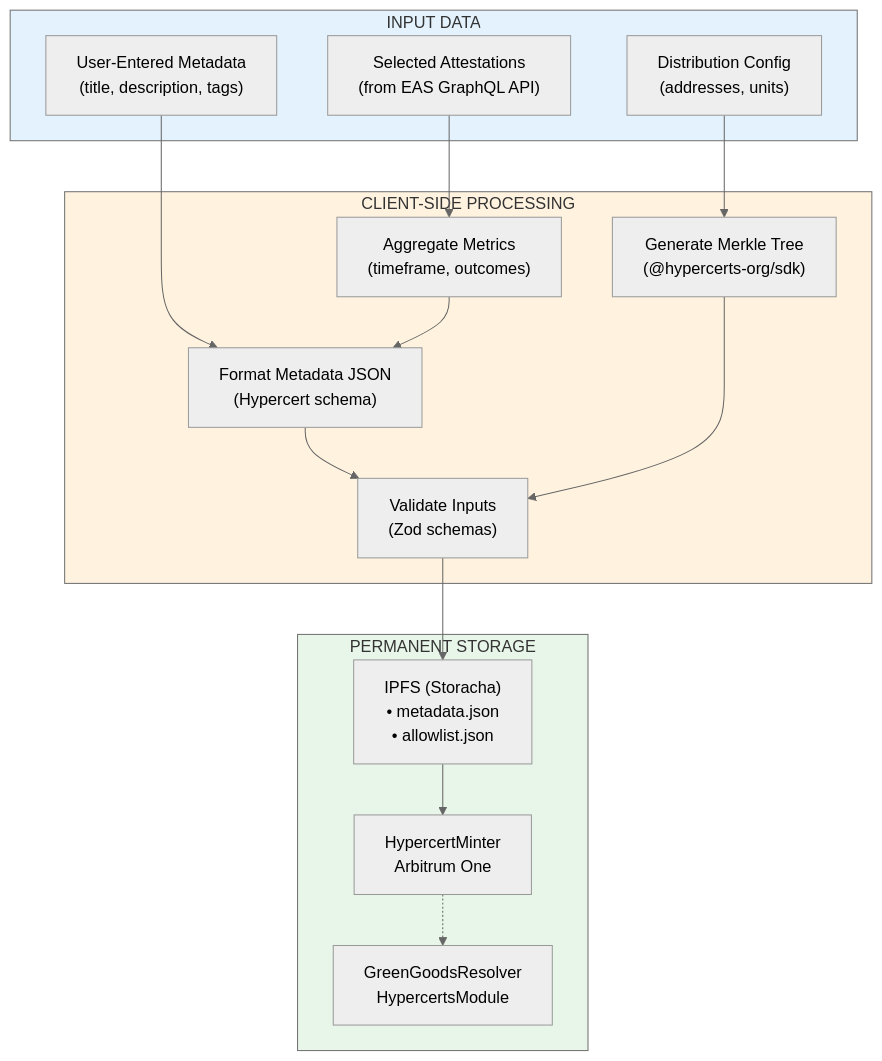
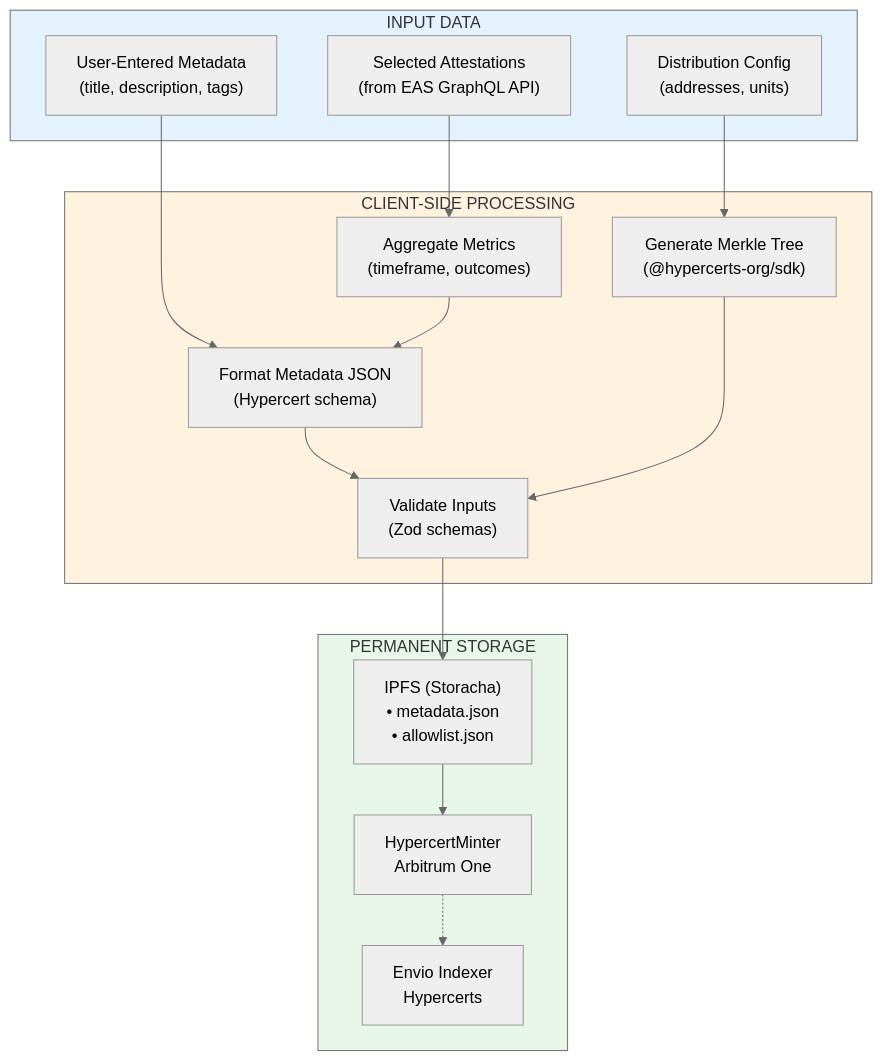
One commit to greenpill-dev-guild/green-goods changed the fourth of 4 diagrams in docs/docs/specs/hypercerts/feature-spec.md. Above: the diagram before and after it, drawn with Mermaid (neutral theme). The commit also changed other lines of this file and 28 other files, not shown here.

````diff
--- a/docs/docs/specs/hypercerts/feature-spec.md
+++ b/docs/docs/specs/hypercerts/feature-spec.md
@@ -884,35 +846,35 @@
 ```mermaid
 flowchart TB
     subgraph Input["INPUT DATA"]
         ATT["Selected Attestations<br/>(from EAS GraphQL API)"]
         META["User-Entered Metadata<br/>(title, description, tags)"]
         DIST["Distribution Config<br/>(addresses, units)"]
     end
 
     subgraph ClientProcess["CLIENT-SIDE PROCESSING"]
         AGG["Aggregate Metrics<br/>(timeframe, outcomes)"]
         VAL["Validate Inputs<br/>(Zod schemas)"]
         MERKLE["Generate Merkle Tree<br/>(@hypercerts-org/sdk)"]
         FMT["Format Metadata JSON<br/>(Hypercert schema)"]
     end
 
     subgraph PermanentStorage["PERMANENT STORAGE"]
         IPFS["IPFS (Storacha)<br/>• metadata.json<br/>• allowlist.json"]
         HC["HypercertMinter<br/>Arbitrum One"]
-        GGR["GreenGoodsResolver<br/>HypercertsModule"]
+        Indexer["Envio Indexer<br/>Hypercerts"]
     end
 
     ATT --> AGG
     META --> FMT
     AGG --> FMT
     DIST --> MERKLE
     FMT --> VAL
     MERKLE --> VAL
     VAL --> IPFS
     IPFS --> HC
-    HC -.-> GGR
+    HC -.-> Indexer
 
     style Input fill:#e3f2fd
     style ClientProcess fill:#fff3e0
     style PermanentStorage fill:#e8f5e9
 ```
````
